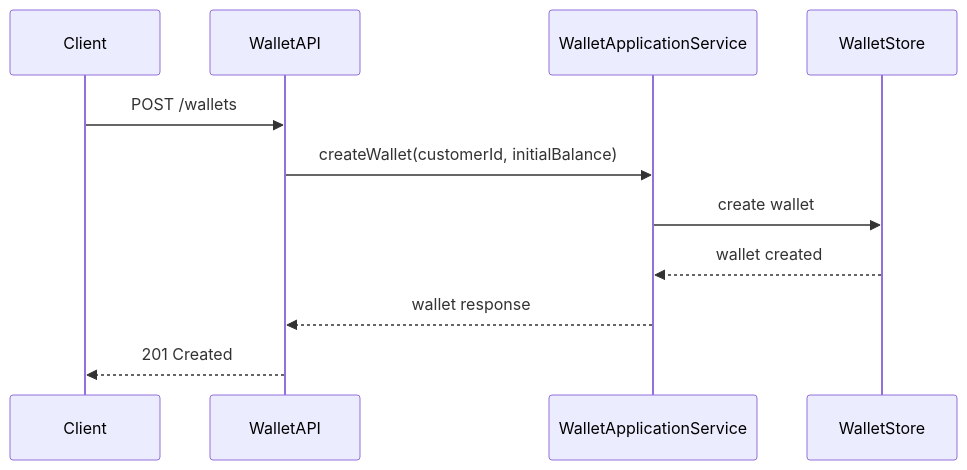
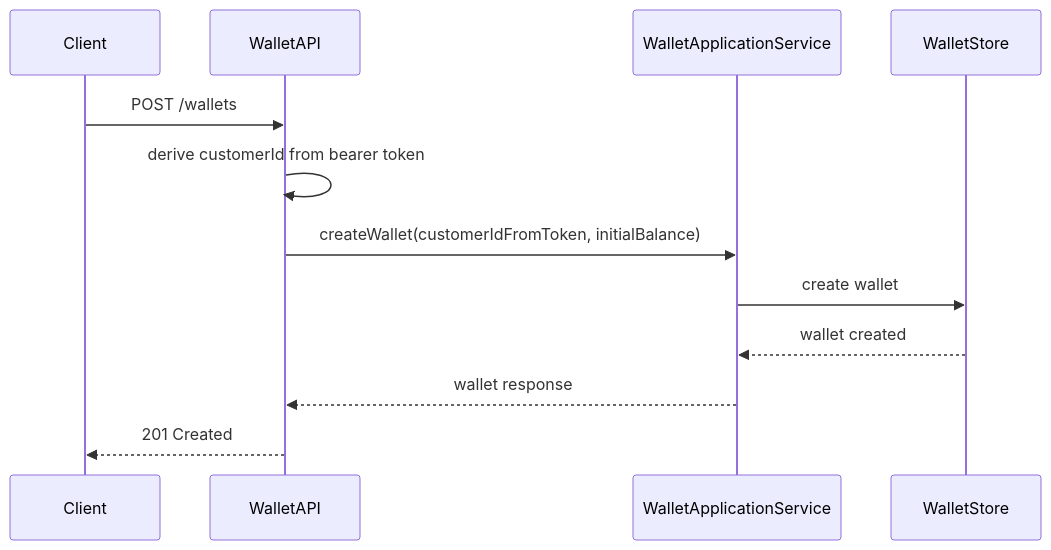
The third of 5 diagrams in docs/HLD.md (codewithakc/wallet-service), drawn with Mermaid before and after one commit. The commit also changed other lines of this file and 58 other files, not shown here.

First line of the commit message:
feat: build wallet service and test harness

````diff
--- a/docs/HLD.md
+++ b/docs/HLD.md
@@ -120,14 +121,15 @@
 ```mermaid
 sequenceDiagram
 participant Client
 participant API as WalletAPI
 participant Service as WalletApplicationService
 participant Store as WalletStore
 
 Client->>API: POST /wallets
-API->>Service: createWallet(customerId, initialBalance)
+API->>API: derive customerId from bearer token
+API->>Service: createWallet(customerIdFromToken, initialBalance)
 Service->>Store: create wallet
 Store-->>Service: wallet created
 Service-->>API: wallet response
 API-->>Client: 201 Created
 ```
````
